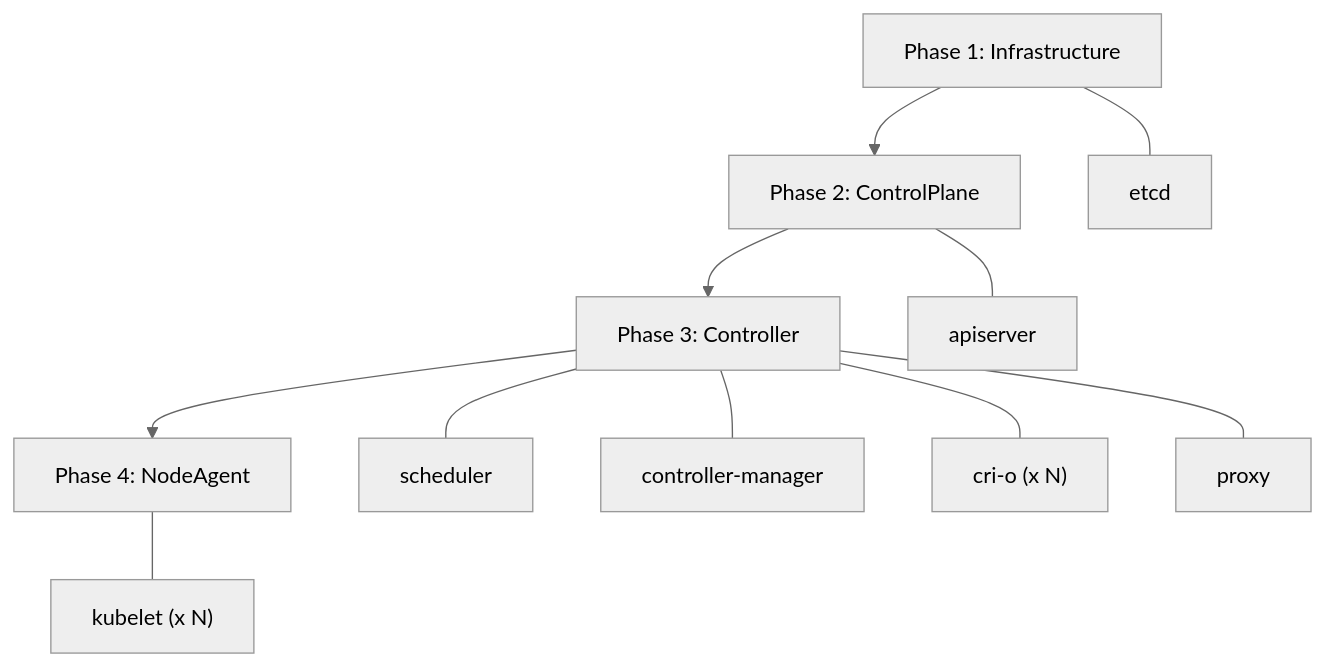
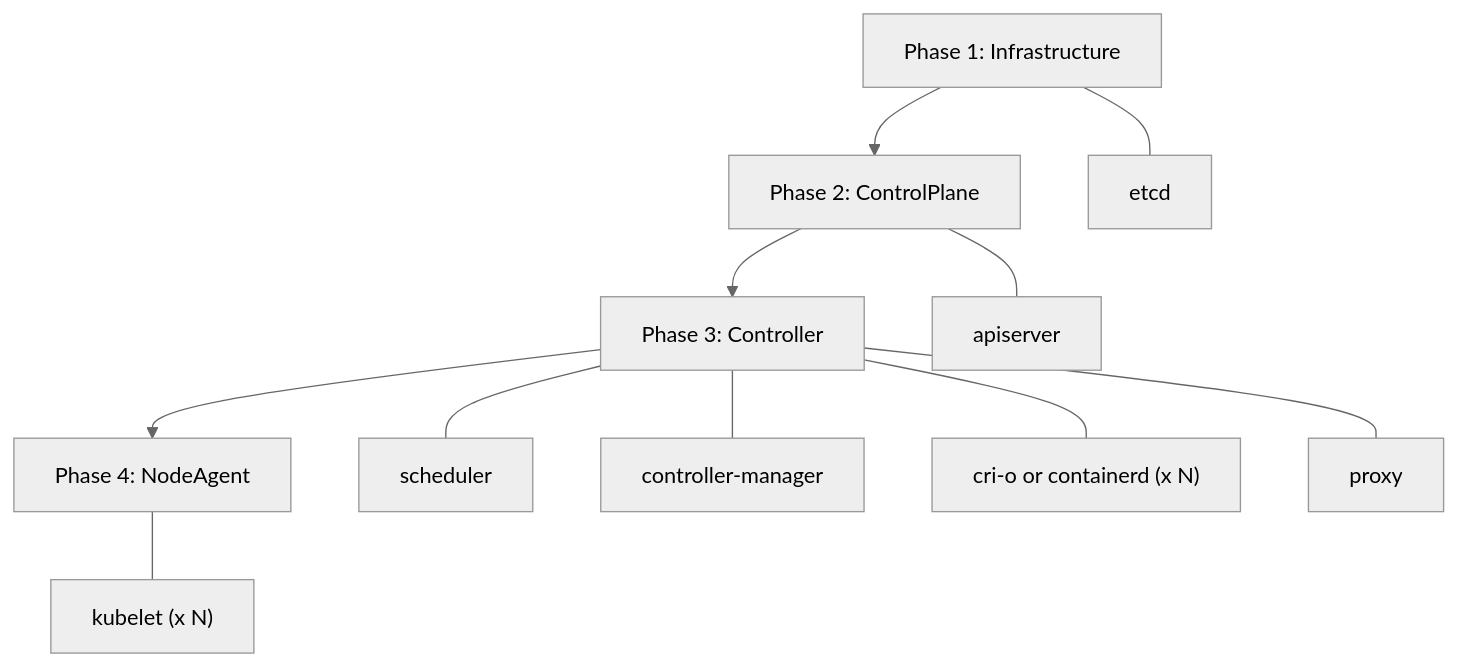
The diagram in README.md (saschagrunert/kubernix), drawn with Mermaid (neutral theme) before and after one commit. The commit also changed other lines of this file and 12 other files, not shown here.

First line of the commit message:
Add containerd as alternative CRI runtime

````diff
--- a/README.md
+++ b/README.md
@@ -73,11 +74,11 @@
 ```mermaid
 graph TD
     A["Phase 1: Infrastructure"] --> B["Phase 2: ControlPlane"]
     B --> C["Phase 3: Controller"]
     C --> D["Phase 4: NodeAgent"]
 
     A --- etcd
     B --- apiserver
-    C --- scheduler & controller-manager & cri-o["cri-o (x N)"] & proxy
+    C --- scheduler & controller-manager & cri["cri-o or containerd (x N)"] & proxy
     D --- kubelet["kubelet (x N)"]
 ```
````
